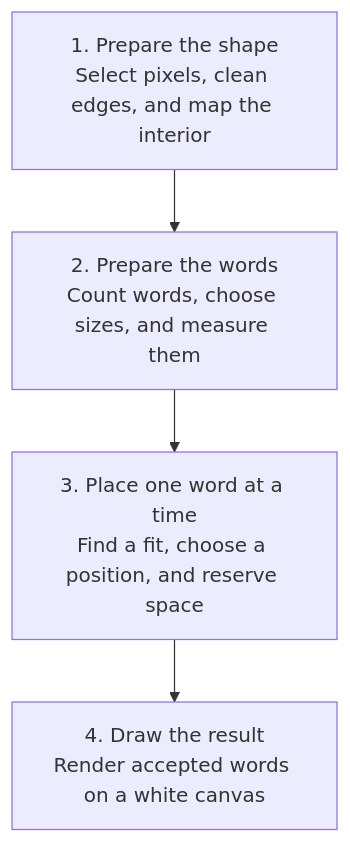
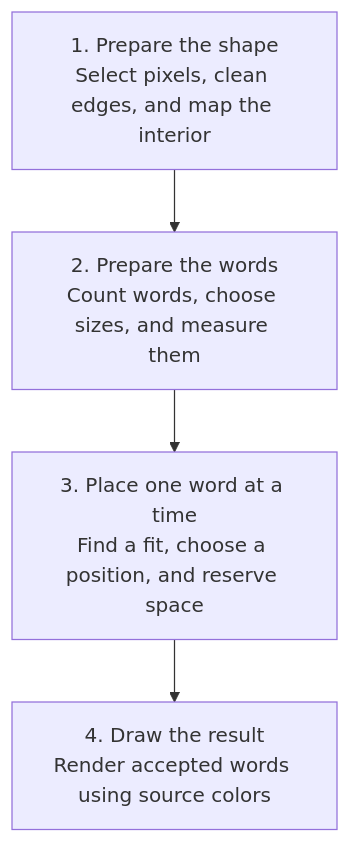
One commit to santiagoa58/image-play changed the first of 2 diagrams in docs/how-the-effects-work.md. Above: the diagram before and after it, drawn with Mermaid. The commit also changed other lines of this file and 3 other files, not shown here.

Commit message:
docs: explain adaptive word-cloud masking and source colors

````diff
--- a/docs/how-the-effects-work.md
+++ b/docs/how-the-effects-work.md
@@ -164,9 +164,9 @@
 ```mermaid
 flowchart TD
     shape["1. Prepare the shape<br/>Select pixels, clean edges, and map the interior"]
     words["2. Prepare the words<br/>Count words, choose sizes, and measure them"]
     place["3. Place one word at a time<br/>Find a fit, choose a position, and reserve space"]
-    draw["4. Draw the result<br/>Render accepted words on a white canvas"]
+    draw["4. Draw the result<br/>Render accepted words using source colors"]
 
     shape --> words --> place --> draw
 ```
````
